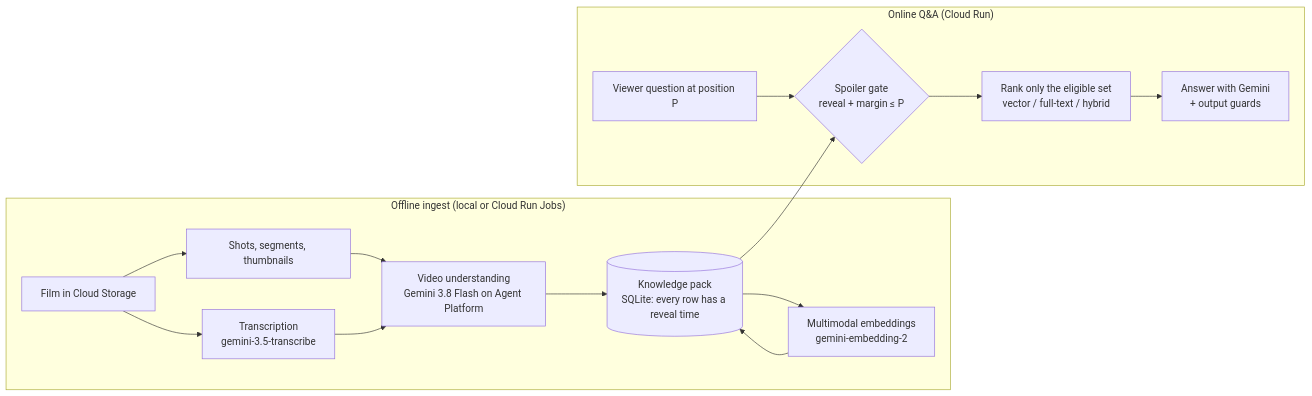
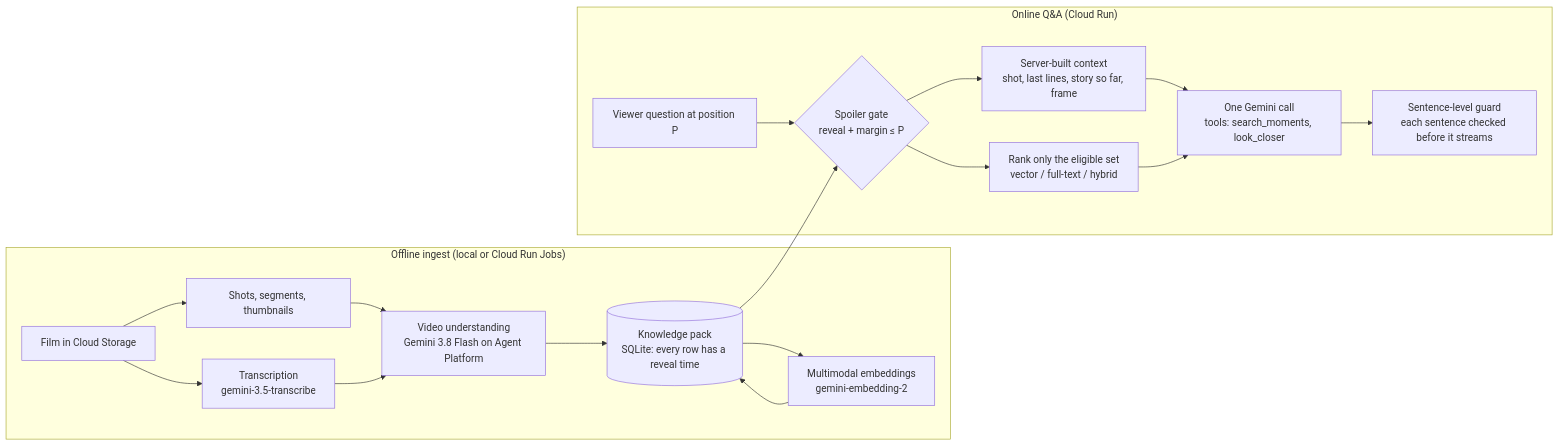
One commit to lennonkc/hello-watch-assistant changed the diagram in README.md. Above: the diagram before and after it, drawn with Mermaid. The commit also changed other lines of this file and 1 other file, not shown here.

Commit message:
README, web-api: describe the online service that ships (server-built context at P, one model call with two tools, search_moments and look_closer, a guard on every sentence before it streams, access-coded private titles) instead of the earlier tool-using agent

````diff
--- a/README.md
+++ b/README.md
@@ -34,18 +34,21 @@
 ```mermaid
 flowchart LR
   subgraph Offline["Offline ingest (local or Cloud Run Jobs)"]
     V[Film in Cloud Storage] --> S[Shots, segments, thumbnails]
     V --> T[Transcription<br/>gemini-3.5-transcribe]
     S --> U[Video understanding<br/>Gemini 3.8 Flash on Agent Platform]
     T --> U
     U --> K[(Knowledge pack<br/>SQLite: every row has a reveal time)]
     K --> E[Multimodal embeddings<br/>gemini-embedding-2]
     E --> K
   end
   subgraph Online["Online Q&A (Cloud Run)"]
     Q[Viewer question at position P] --> G{Spoiler gate<br/>reveal + margin ≤ P}
     K --> G
+    G --> C[Server-built context<br/>shot, last lines, story so far, frame]
     G --> R[Rank only the eligible set<br/>vector / full-text / hybrid]
-    R --> A[Answer with Gemini<br/>+ output guards]
+    C --> A[One Gemini call<br/>tools: search_moments, look_closer]
+    R --> A
+    A --> H[Sentence-level guard<br/>each sentence checked before it streams]
   end
 ```
````
